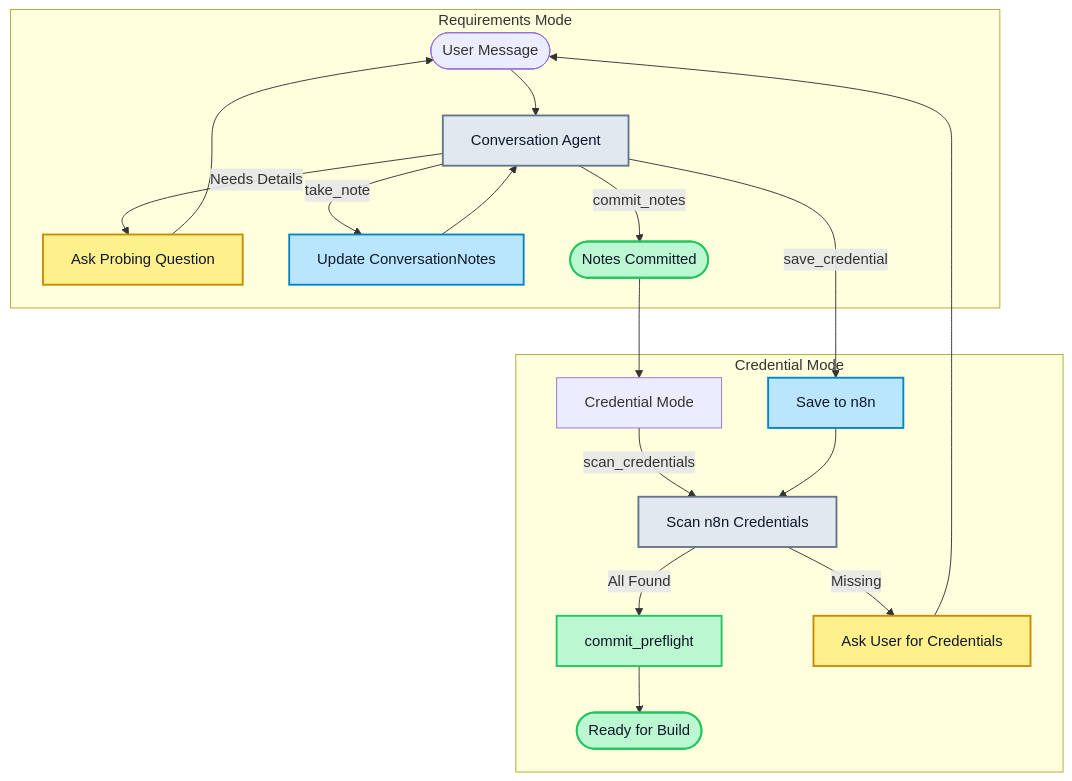
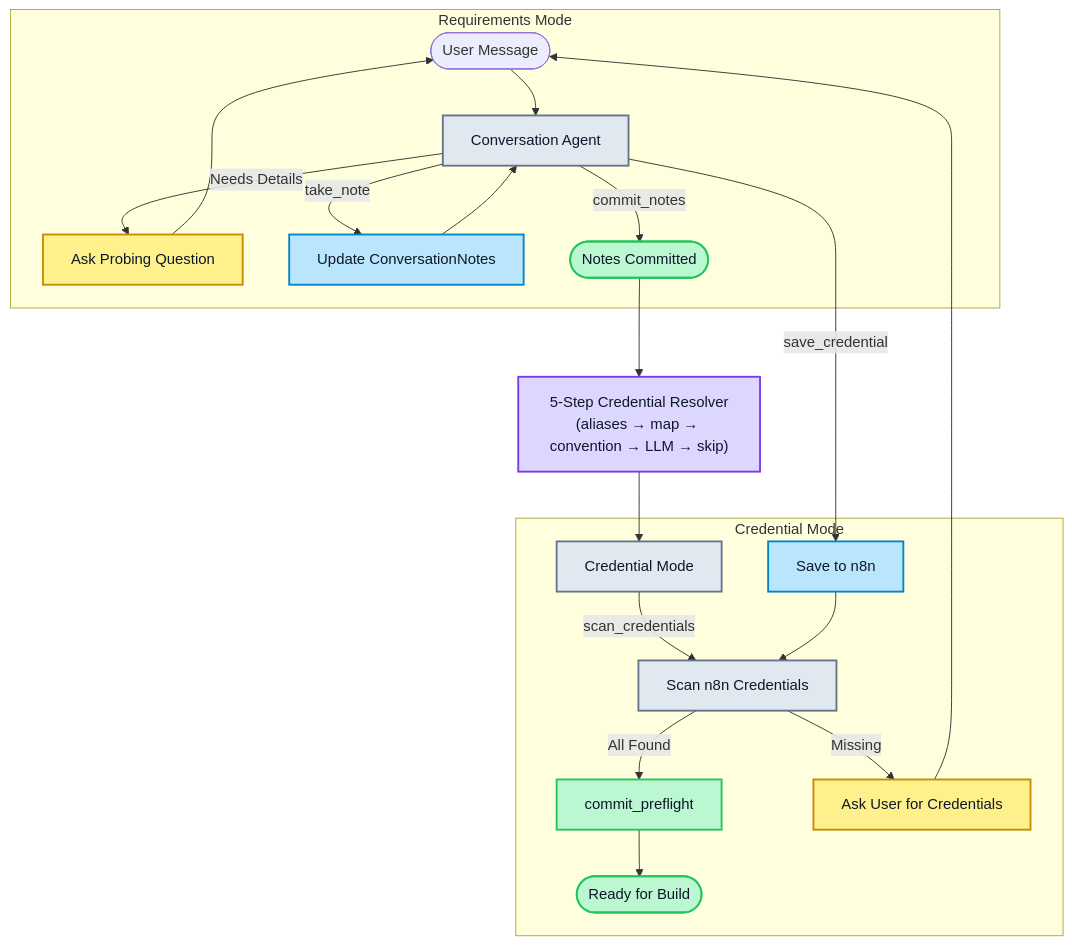
The diagram in .mermaid/README_1772311073_133.mmd (h19overflow/ARIA), drawn with Mermaid before and after one commit. The commit also changed 6 other files, not shown here.

```diff
--- a/.mermaid/README_1772311073_133.mmd
+++ b/.mermaid/README_1772311073_133.mmd
@@ -1,32 +1,35 @@
 flowchart TD
     U([User Message]) --> CA[Conversation Agent]
 
     subgraph Requirements Mode
         CA -->|Needs Details| Q[Ask Probing Question]
         Q --> U
         CA -->|take_note| N[Update ConversationNotes]
         N --> CA
         CA -->|commit_notes| CM([Notes Committed])
     end
 
-    CM --> CRED[Credential Mode]
+    CM --> RESOLVE["5-Step Credential Resolver<br/>(aliases → map → convention → LLM → skip)"]
+    RESOLVE --> CRED[Credential Mode]
 
     subgraph Credential Mode
         CRED -->|scan_credentials| SC[Scan n8n Credentials]
         SC -->|All Found| CP[commit_preflight]
         SC -->|Missing| ASK[Ask User for Credentials]
         ASK --> U
         CA -->|save_credential| SV[Save to n8n]
         SV --> SC
         CP --> DONE([Ready for Build])
     end
 
     style CA fill:#e2e8f0,stroke:#64748b,stroke-width:2px,color:#0f172a
     style Q fill:#fef08a,stroke:#ca8a04,stroke-width:2px,color:#0f172a
     style N fill:#bae6fd,stroke:#0284c7,stroke-width:2px,color:#0f172a
     style CM fill:#bbf7d0,stroke:#22c55e,stroke-width:2px,color:#0f172a
+    style RESOLVE fill:#ddd6fe,stroke:#7c3aed,stroke-width:2px,color:#0f172a
+    style CRED fill:#e2e8f0,stroke:#64748b,stroke-width:2px,color:#0f172a
     style SC fill:#e2e8f0,stroke:#64748b,stroke-width:2px,color:#0f172a
     style ASK fill:#fef08a,stroke:#ca8a04,stroke-width:2px,color:#0f172a
     style SV fill:#bae6fd,stroke:#0284c7,stroke-width:2px,color:#0f172a
     style CP fill:#bbf7d0,stroke:#22c55e,stroke-width:2px,color:#0f172a
     style DONE fill:#bbf7d0,stroke:#22c55e,stroke-width:2px,color:#0f172a
```
